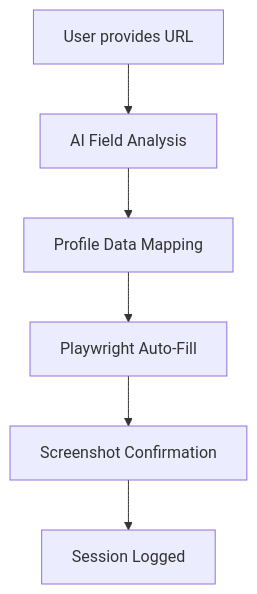
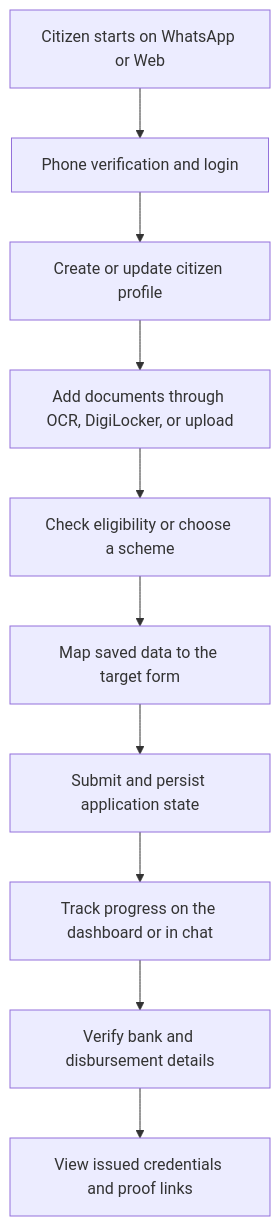
The second of 2 diagrams in README.md (shashank03-dev/GovBot), drawn with Mermaid before and after one commit. The commit also changed other lines of this file, not shown here.

Commit message:
docs: rewrite README and architecture diagrams

````diff
--- a/README.md
+++ b/README.md
@@ -57,8 +85,12 @@
 ```mermaid
-graph TD
-    A[User provides URL] --> B[AI Field Analysis]
-    B --> C[Profile Data Mapping]
-    C --> D[Playwright Auto-Fill]
-    D --> E[Screenshot Confirmation]
-    E --> F[Session Logged]
+flowchart TD
+    A[Citizen starts on WhatsApp or Web] --> B[Phone verification and login]
+    B --> C[Create or update citizen profile]
+    C --> D[Add documents through OCR, DigiLocker, or upload]
+    D --> E[Check eligibility or choose a scheme]
+    E --> F[Map saved data to the target form]
+    F --> G[Submit and persist application state]
+    G --> H[Track progress on the dashboard or in chat]
+    H --> I[Verify bank and disbursement details]
+    I --> J[View issued credentials and proof links]
 ```
````
